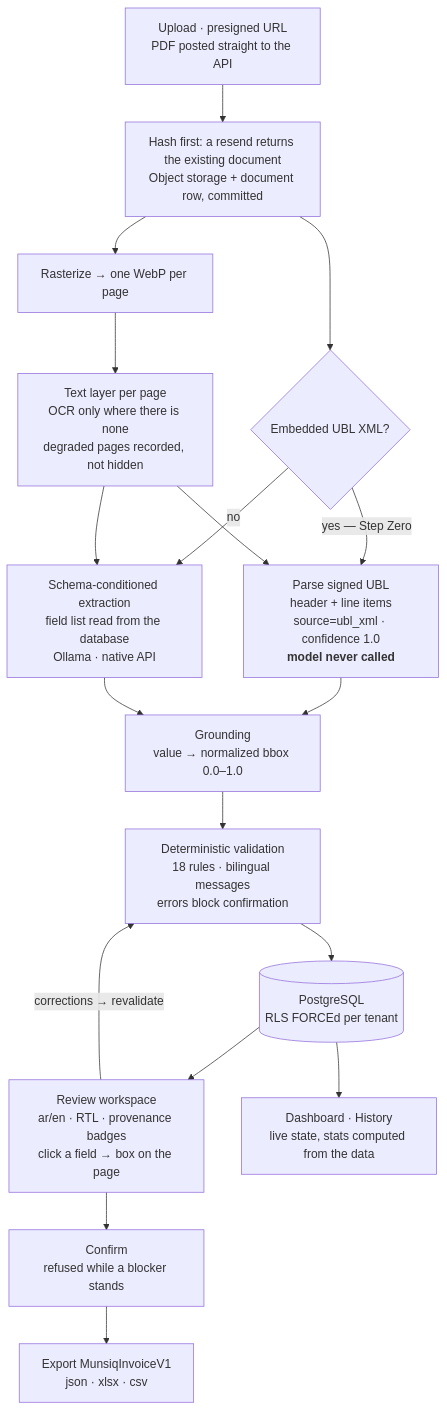
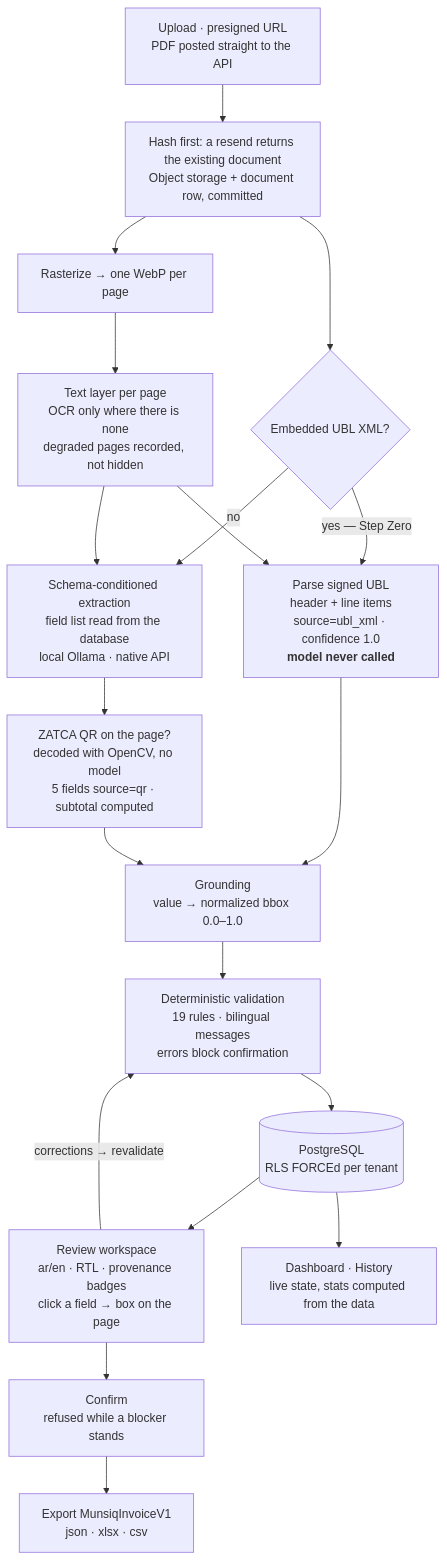
The diagram in README.md (MuathDs/munsiq), drawn with Mermaid before and after one commit. The commit also changed other lines of this file and 30 other files, not shown here.

````diff
--- a/README.md
+++ b/README.md
@@ -36,20 +50,21 @@
 ```mermaid
 flowchart TD
     A["Upload · presigned URL<br/>PDF posted straight to the API"] --> B["Hash first: a resend returns the existing document<br/>Object storage + document row, committed"]
     B --> C{"Embedded UBL XML?"}
     C -->|"yes — Step Zero"| D["Parse signed UBL<br/>header + line items<br/>source=ubl_xml · confidence 1.0<br/><b>model never called</b>"]
-    C -->|"no"| E["Schema-conditioned extraction<br/>field list read from the database<br/>Ollama · native API"]
+    C -->|"no"| E["Schema-conditioned extraction<br/>field list read from the database<br/>local Ollama · native API"]
+    E --> Q["ZATCA QR on the page?<br/>decoded with OpenCV, no model<br/>5 fields source=qr · subtotal computed"]
     B --> F["Rasterize → one WebP per page"]
     F --> G["Text layer per page<br/>OCR only where there is none<br/>degraded pages recorded, not hidden"]
     G --> D
     G --> E
     D --> H["Grounding<br/>value → normalized bbox 0.0–1.0"]
-    E --> H
-    H --> I["Deterministic validation<br/>18 rules · bilingual messages<br/>errors block confirmation"]
+    Q --> H
+    H --> I["Deterministic validation<br/>19 rules · bilingual messages<br/>errors block confirmation"]
     I --> J[("PostgreSQL<br/>RLS FORCEd per tenant")]
     J --> K["Review workspace<br/>ar/en · RTL · provenance badges<br/>click a field → box on the page"]
     K -->|"corrections → revalidate"| I
     K --> L["Confirm<br/>refused while a blocker stands"]
     L --> M["Export MunsiqInvoiceV1<br/>json · xlsx · csv"]
     J --> N["Dashboard · History<br/>live state, stats computed from the data"]
 ```
````
